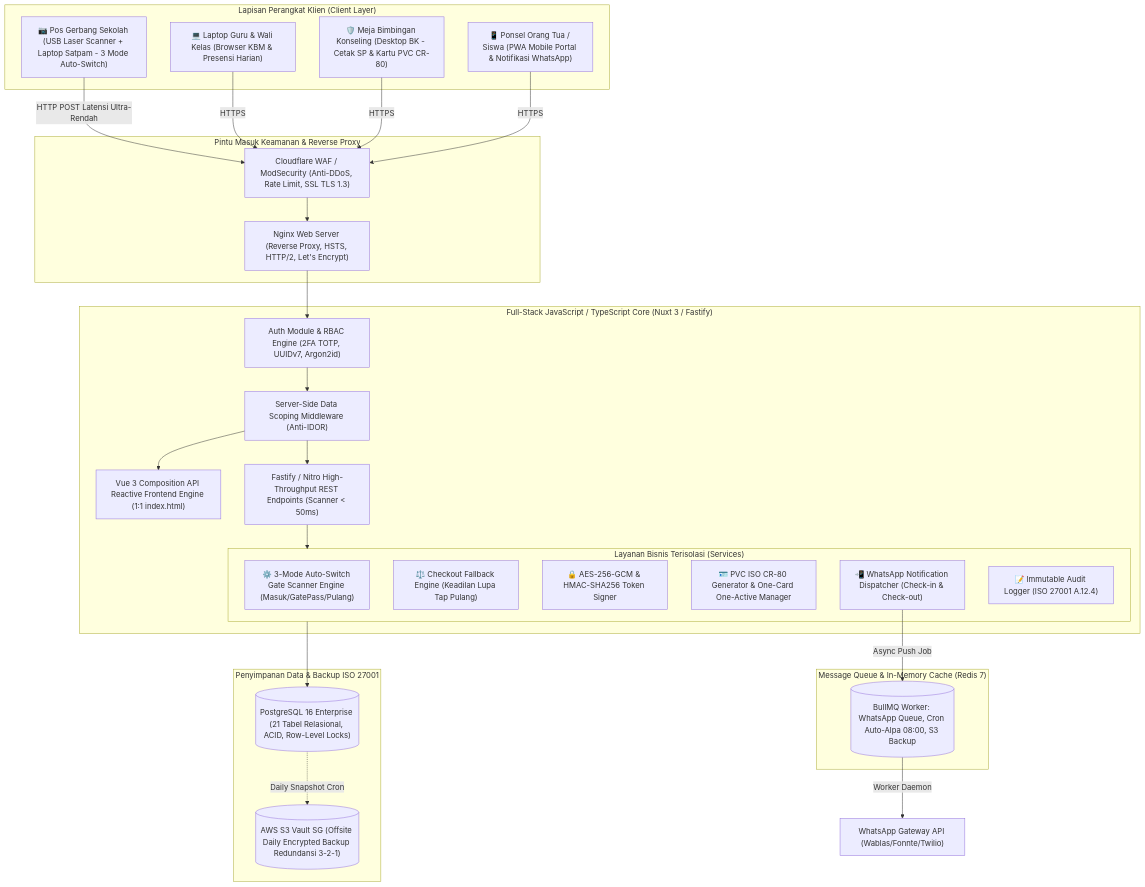
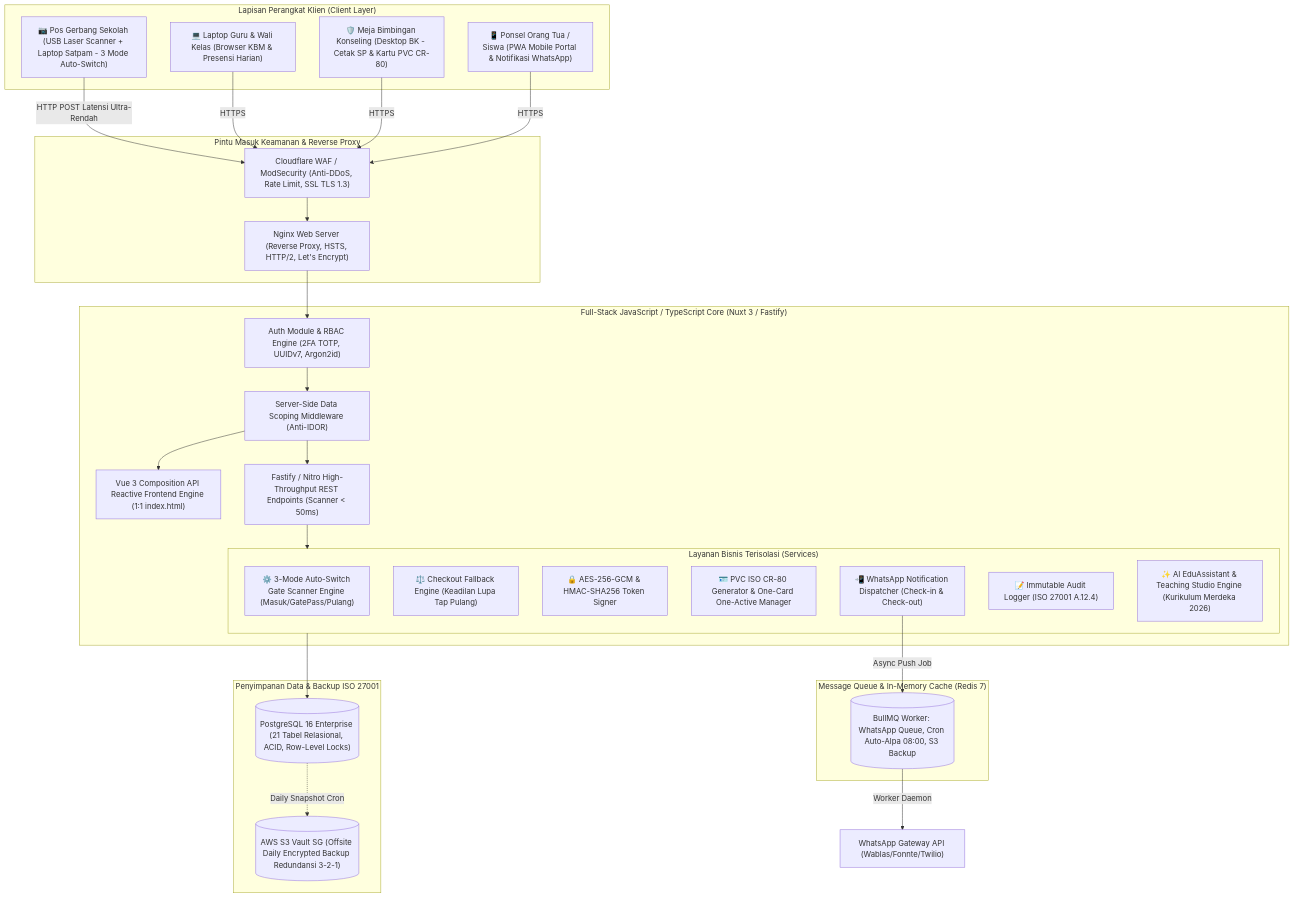
One commit to benny-abdullah/school_app changed the diagram in plan/docs/03_ARSITEKTUR.md. Above: the diagram before and after it, drawn with Mermaid. The commit also changed other lines of this file and 7 other files, not shown here.

Commit message:
feat(ai): integrate AI Teaching Studio, Floating Copilot, and synchronize plan docs with Metis Bootstrap 5 design

````diff
--- a/plan/docs/03_ARSITEKTUR.md
+++ b/plan/docs/03_ARSITEKTUR.md
@@ -16,56 +16,57 @@
 ```mermaid
 graph TD
     subgraph Clients ["Lapisan Perangkat Klien (Client Layer)"]
         POS["📷 Pos Gerbang Sekolah (USB Laser Scanner + Laptop Satpam - 3 Mode Auto-Switch)"]
         TEACH["💻 Laptop Guru & Wali Kelas (Browser KBM & Presensi Harian)"]
         BK["🛡️ Meja Bimbingan Konseling (Desktop BK - Cetak SP & Kartu PVC CR-80)"]
         ORTU["📱 Ponsel Orang Tua / Siswa (PWA Mobile Portal & Notifikasi WhatsApp)"]
     end
 
     subgraph Security_Gateway ["Pintu Masuk Keamanan & Reverse Proxy"]
         WAF["Cloudflare WAF / ModSecurity (Anti-DDoS, Rate Limit, SSL TLS 1.3)"]
         NGX["Nginx Web Server (Reverse Proxy, HSTS, HTTP/2, Let's Encrypt)"]
     end
 
     subgraph Application_Core ["Full-Stack JavaScript / TypeScript Core (Nuxt 3 / Fastify)"]
         AUTH["Auth Module & RBAC Engine (2FA TOTP, UUIDv7, Argon2id)"]
         SCOPE["Server-Side Data Scoping Middleware (Anti-IDOR)"]
         VUE["Vue 3 Composition API Reactive Frontend Engine (1:1 index.html)"]
         API["Fastify / Nitro High-Throughput REST Endpoints (Scanner < 50ms)"]
         
         subgraph Business_Services ["Layanan Bisnis Terisolasi (Services)"]
         RULE["⚙️ 3-Mode Auto-Switch Gate Scanner Engine (Masuk/GatePass/Pulang)"]
         JUSTICE["⚖️ Checkout Fallback Engine (Keadilan Lupa Tap Pulang)"]
         CRYPTO["🔒 AES-256-GCM & HMAC-SHA256 Token Signer"]
         CARD["🪪 PVC ISO CR-80 Generator & One-Card One-Active Manager"]
         NOTIF["📲 WhatsApp Notification Dispatcher (Check-in & Check-out)"]
         AUDIT["📝 Immutable Audit Logger (ISO 27001 A.12.4)"]
+        AI_ENGINE["✨ AI EduAssistant & Teaching Studio Engine (Kurikulum Merdeka 2026)"]
         end
     end
 
     subgraph Async_Queue ["Message Queue & In-Memory Cache (Redis 7)"]
         BULLMQ[("BullMQ Worker: WhatsApp Queue, Cron Auto-Alpa 08:00, S3 Backup")]
     end
 
     subgraph Data_Persistence ["Penyimpanan Data & Backup ISO 27001"]
         PG[("PostgreSQL 16 Enterprise (21 Tabel Relasional, ACID, Row-Level Locks)")]
         S3[("AWS S3 Vault SG (Offsite Daily Encrypted Backup Redundansi 3-2-1)")]
     end
 
     POS -->|HTTP POST Latensi Ultra-Rendah| WAF
     TEACH -->|HTTPS| WAF
     BK -->|HTTPS| WAF
     ORTU -->|HTTPS| WAF
 
     WAF --> NGX
     NGX --> AUTH
     AUTH --> SCOPE
     SCOPE --> VUE & API
     API --> Business_Services
     
     NOTIF -->|Async Push Job| BULLMQ
     BULLMQ -->|Worker Daemon| WABOT["WhatsApp Gateway API (Wablas/Fonnte/Twilio)"]
     
     Business_Services --> PG
     PG -.->|Daily Snapshot Cron| S3
 ```
````
